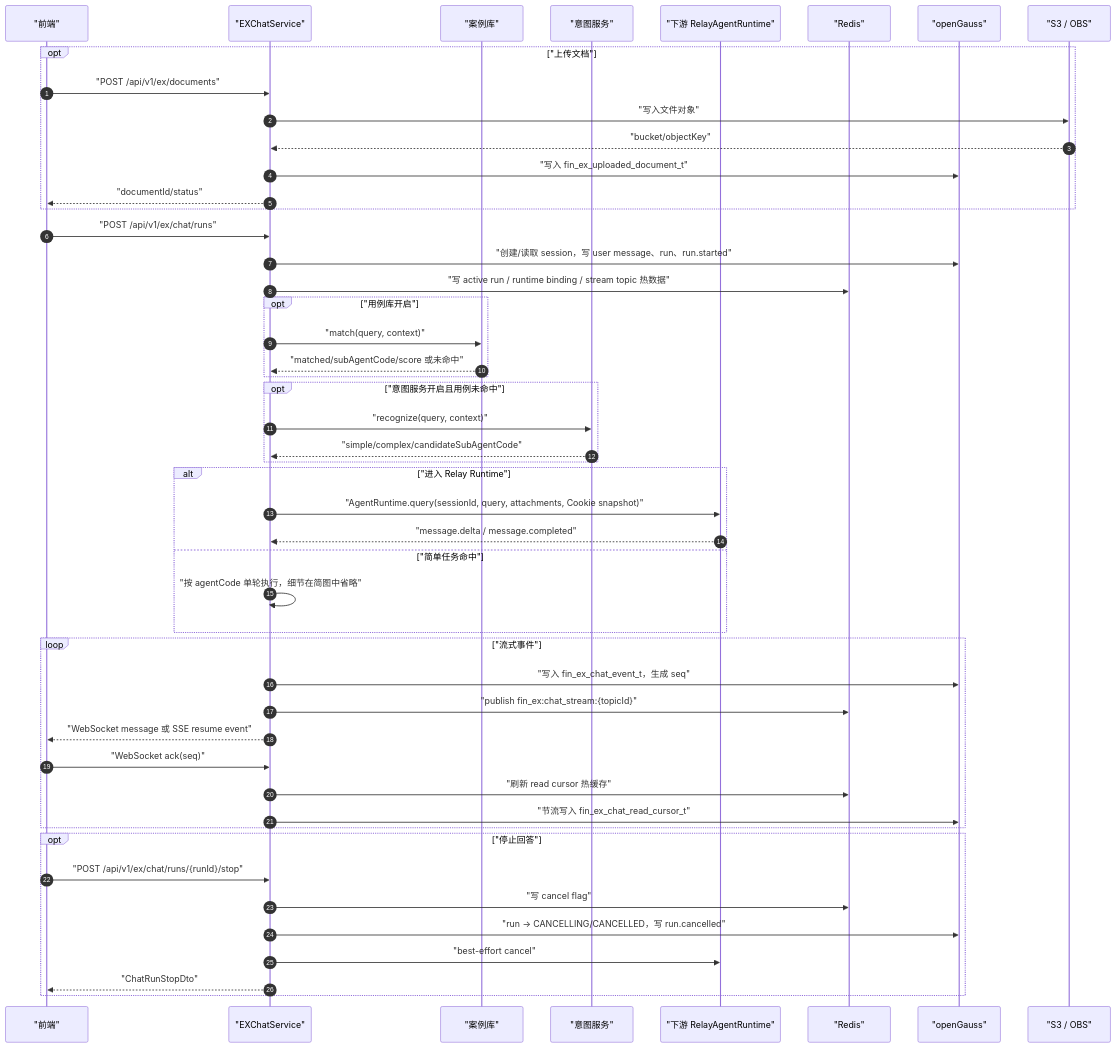
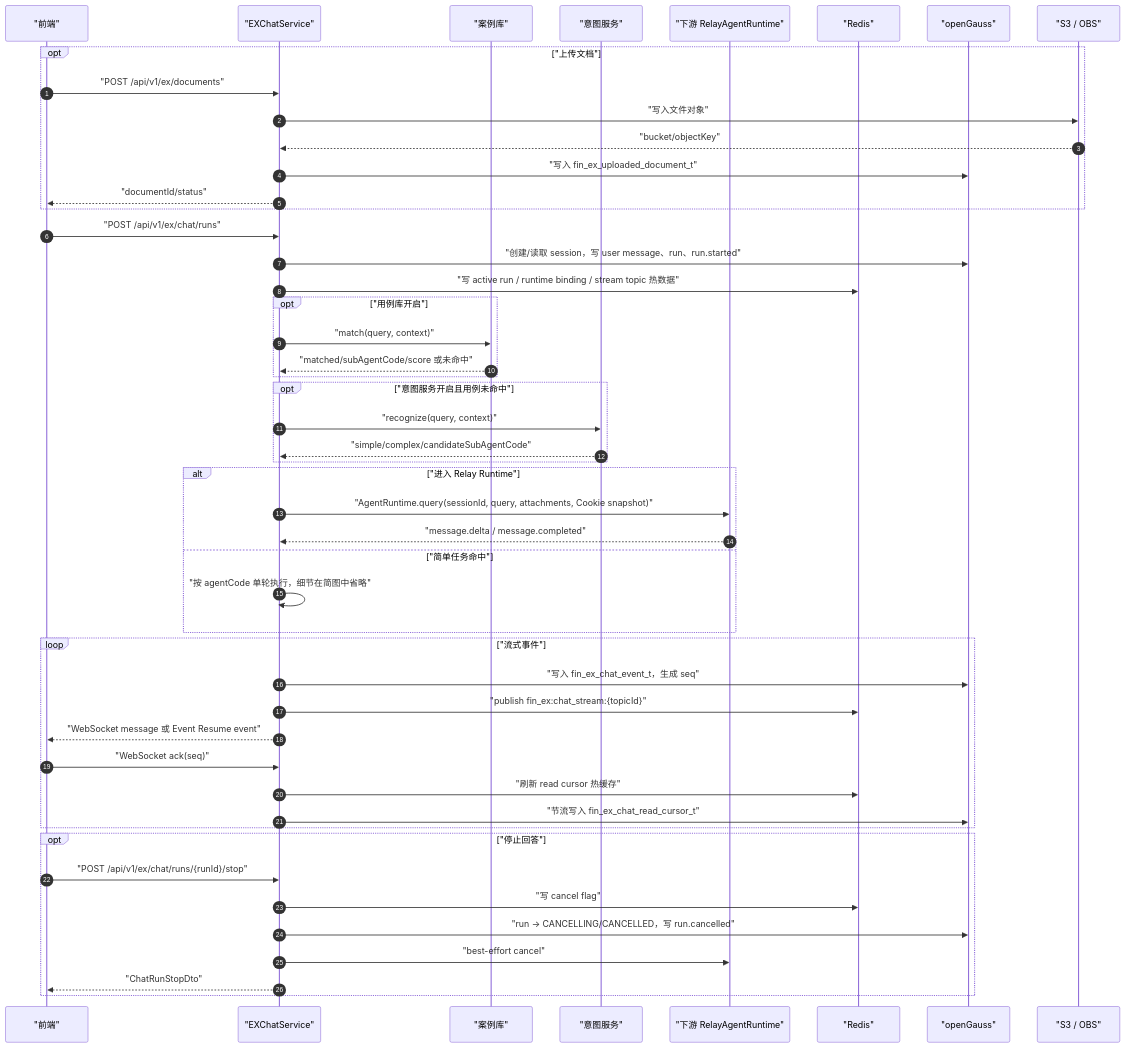
The third of 9 diagrams in docs/architecture/README.md (kunben-duck/exweb), drawn with Mermaid before and after one commit. The commit also changed other lines of this file and 30 other files, not shown here.

Commit message:
chore: tighten event resume readiness

````diff
--- a/docs/architecture/README.md
+++ b/docs/architecture/README.md
@@ -184,58 +184,58 @@
 ```mermaid
 sequenceDiagram
     autonumber
     participant Frontend as "前端"
     participant EX as "EXChatService"
     participant UseCase as "案例库"
     participant Intent as "意图服务"
     participant Relay as "下游 RelayAgentRuntime"
     participant Redis as "Redis"
     participant DB as "openGauss"
     participant S3 as "S3 / OBS"
 
     opt "上传文档"
         Frontend->>EX: "POST /api/v1/ex/documents"
         EX->>S3: "写入文件对象"
         S3-->>EX: "bucket/objectKey"
         EX->>DB: "写入 fin_ex_uploaded_document_t"
         EX-->>Frontend: "documentId/status"
     end
 
     Frontend->>EX: "POST /api/v1/ex/chat/runs"
     EX->>DB: "创建/读取 session，写 user message、run、run.started"
     EX->>Redis: "写 active run / runtime binding / stream topic 热数据"
 
     opt "用例库开启"
         EX->>UseCase: "match(query, context)"
         UseCase-->>EX: "matched/subAgentCode/score 或未命中"
     end
 
     opt "意图服务开启且用例未命中"
         EX->>Intent: "recognize(query, context)"
         Intent-->>EX: "simple/complex/candidateSubAgentCode"
     end
 
     alt "进入 Relay Runtime"
         EX->>Relay: "AgentRuntime.query(sessionId, query, attachments, Cookie snapshot)"
         Relay-->>EX: "message.delta / message.completed"
     else "简单任务命中"
         EX->>EX: "按 agentCode 单轮执行，细节在简图中省略"
     end
 
     loop "流式事件"
         EX->>DB: "写入 fin_ex_chat_event_t，生成 seq"
         EX->>Redis: "publish fin_ex:chat_stream:{topicId}"
-        EX-->>Frontend: "WebSocket message 或 SSE resume event"
+        EX-->>Frontend: "WebSocket message 或 Event Resume event"
         Frontend->>EX: "WebSocket ack(seq)"
         EX->>Redis: "刷新 read cursor 热缓存"
         EX->>DB: "节流写入 fin_ex_chat_read_cursor_t"
     end
 
     opt "停止回答"
         Frontend->>EX: "POST /api/v1/ex/chat/runs/{runId}/stop"
         EX->>Redis: "写 cancel flag"
         EX->>DB: "run -> CANCELLING/CANCELLED，写 run.cancelled"
         EX->>Relay: "best-effort cancel"
         EX-->>Frontend: "ChatRunStopDto"
     end
 ```
````
